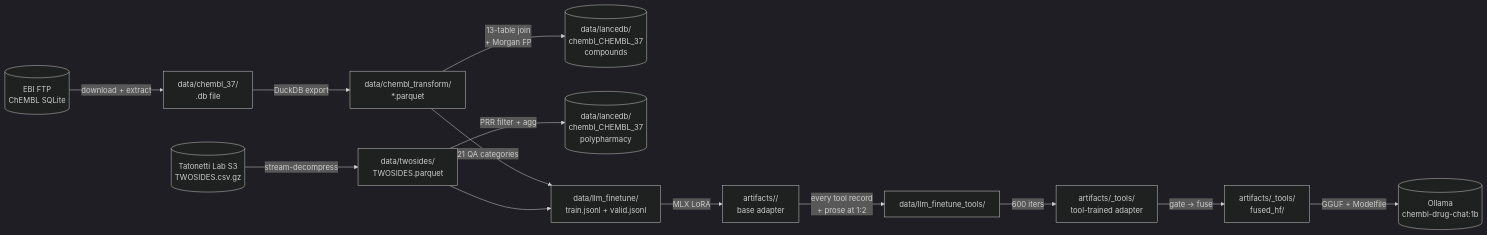
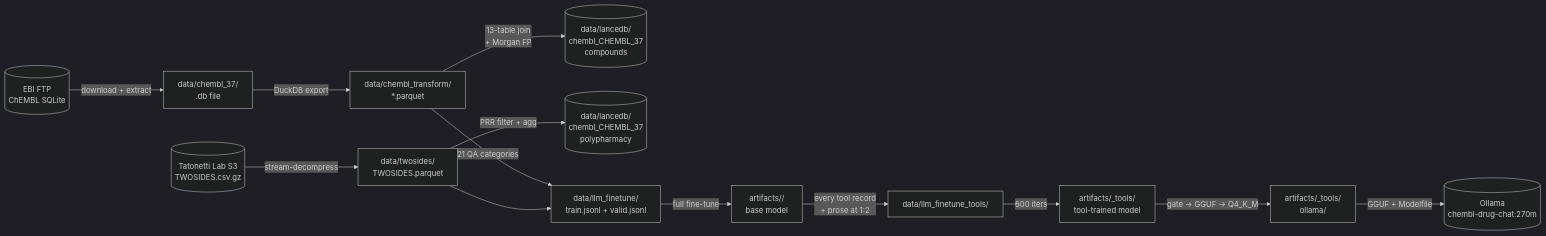
One commit to AymanSulaiman/chem_mlops changed the fourth of 4 diagrams in app/orchestration/README.md. Above: the diagram before and after it, drawn with Mermaid (dark theme). The commit also changed other lines of this file and 47 other files, not shown here.

````diff
--- a/app/orchestration/README.md
+++ b/app/orchestration/README.md
@@ -266,19 +266,19 @@
 ```mermaid
 flowchart LR
     EBI[(EBI FTP\nChEMBL SQLite)] -->|download + extract| RAW[data/chembl_37/\n.db file]
     S3[(Tatonetti Lab S3\nTWOSIDES.csv.gz)] -->|stream-decompress| TW[data/twosides/\nTWOSIDES.parquet]
 
     RAW -->|DuckDB export| PQ[data/chembl_transform/\n*.parquet]
 
     PQ -->|13-table join\n+ Morgan FP| LDB[(data/lancedb/\nchembl_CHEMBL_37\ncompounds)]
     TW -->|PRR filter + agg| LDB2[(data/lancedb/\nchembl_CHEMBL_37\npolypharmacy)]
 
     PQ -->|21 QA categories| FT[data/llm_finetune/\ntrain.jsonl + valid.jsonl]
     TW --> FT
 
-    FT -->|MLX LoRA| ART[artifacts/<run>/\nbase adapter]
+    FT -->|full fine-tune| ART[artifacts/<run>/\nbase model]
     ART -->|every tool record\n+ prose at 1:2| MIX[data/llm_finetune_tools/]
-    MIX -->|600 iters| ART2[artifacts/<run>_tools/\ntool-trained adapter]
-    ART2 -->|gate → fuse| HF[artifacts/<run>_tools/\nfused_hf/]
-    HF -->|GGUF + Modelfile| OLL[(Ollama\nchembl-drug-chat:1b)]
+    MIX -->|600 iters| ART2[artifacts/<run>_tools/\ntool-trained model]
+    ART2 -->|gate → GGUF → Q4_K_M| HF[artifacts/<run>_tools/\nollama/]
+    HF -->|GGUF + Modelfile| OLL[(Ollama\nchembl-drug-chat:270m)]
 ```
````
